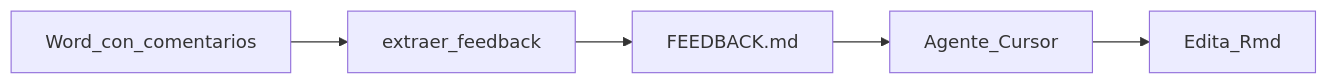
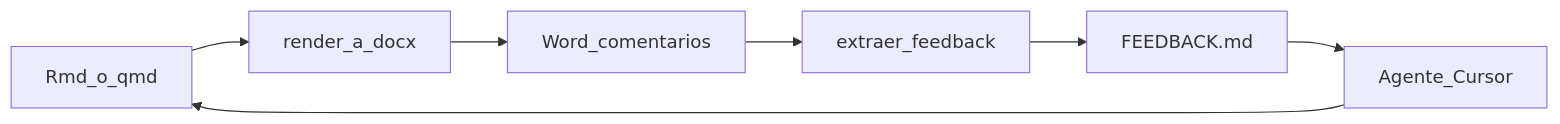
One commit to Marco-Ezquerra/docx2prompt changed the diagram in README.md. Above: the diagram before and after it, drawn with Mermaid. The commit also changed other lines of this file and 31 other files, not shown here.

````diff
--- a/README.md
+++ b/README.md
@@ -72,7 +84,9 @@
 ```mermaid
 flowchart LR
-  wordDoc["Word_con_comentarios"] --> extract["extraer_feedback"]
+  sources["Rmd_o_qmd"] --> renderDocx["render_a_docx"]
+  renderDocx --> wordDoc["Word_comentarios"]
+  wordDoc --> extract["extraer_feedback"]
   extract --> feedbackMd["FEEDBACK.md"]
   feedbackMd --> agent["Agente_Cursor"]
-  agent --> rmdSrc["Edita_Rmd"]
+  agent --> sources
 ```
````
